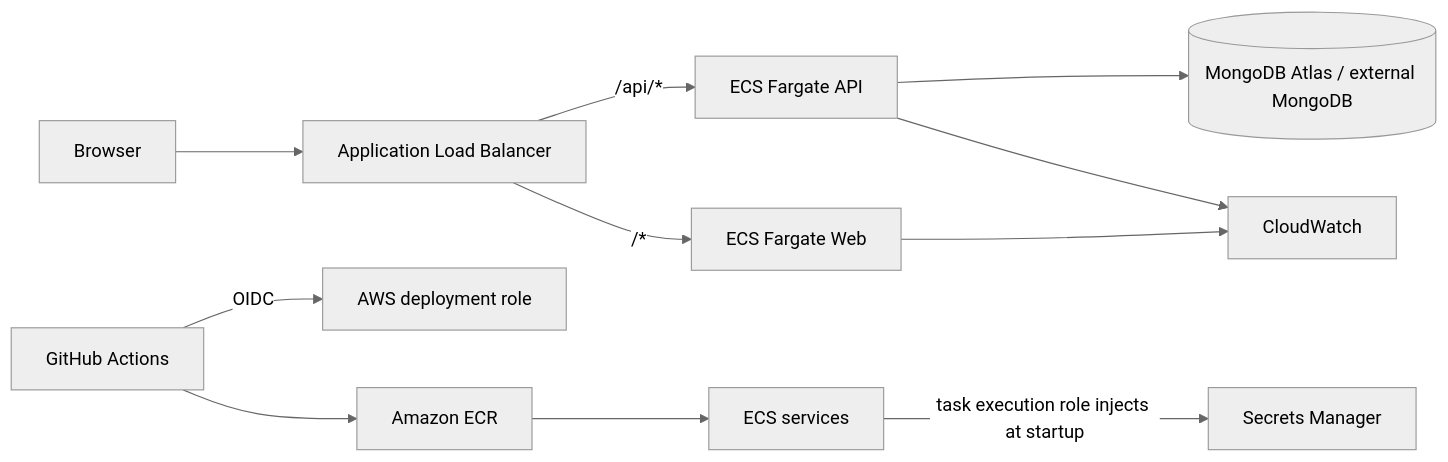
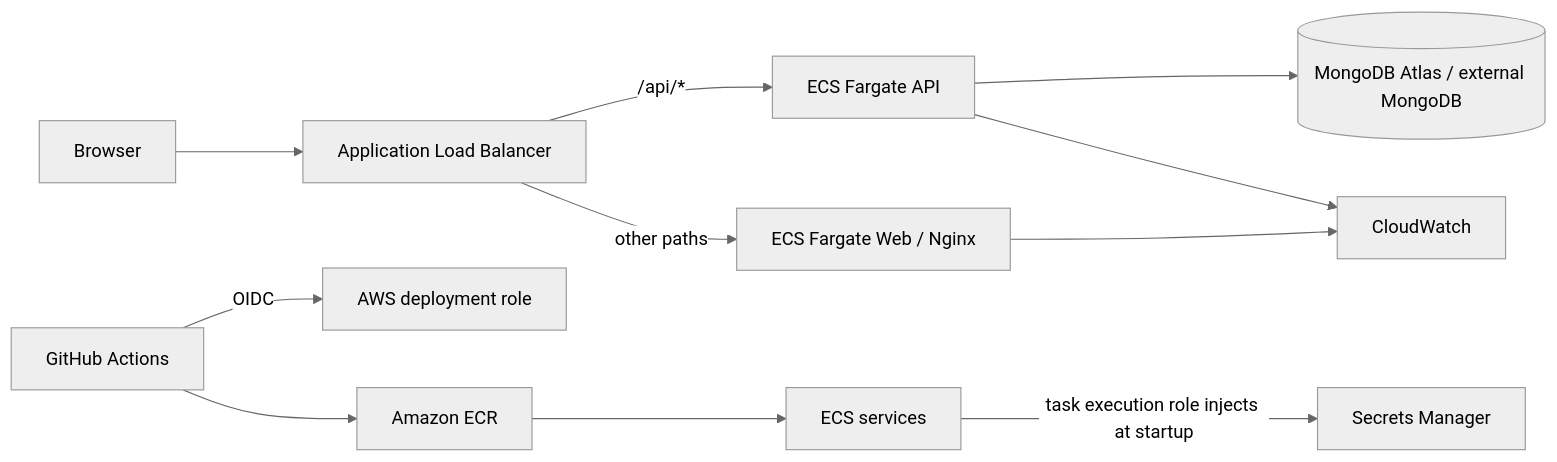
Before and after one commit to S-charan120/homaid-aws-ecs: the diagram in README.md, drawn with Mermaid (neutral theme). The commit also changed other lines of this file and 15 other files, not shown here.

First line of the commit message:
Fix ECS OIDC trust and web health/deployment contracts (#3)

````diff
--- a/README.md
+++ b/README.md
@@ -21,13 +21,13 @@
 ```mermaid
 flowchart LR
   U[Browser] --> ALB[Application Load Balancer]
   ALB -->|/api/*| API[ECS Fargate API]
-  ALB -->|/*| WEB[ECS Fargate Web]
+  ALB -->|other paths| WEB[ECS Fargate Web / Nginx]
   API --> DB[(MongoDB Atlas / external MongoDB)]
   ECS[ECS Fargate tasks] -->|task execution role injects at startup| SM[Secrets Manager]
   API --> CW[CloudWatch]
   WEB --> CW
   GH[GitHub Actions] -->|OIDC| IAM[AWS deployment role]
   GH --> ECR[Amazon ECR]
   ECR --> ECS[ECS services]
 ```
````
